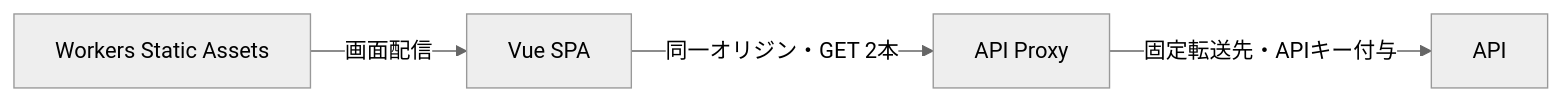
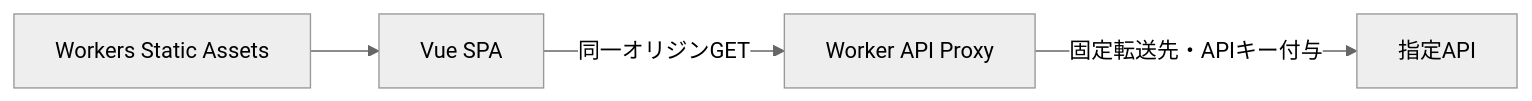
The diagram in docs/DESIGN.md (t2421/frontend-engineer-codecheck), drawn with Mermaid (neutral theme) before and after one commit. The commit also changed other lines of this file and 94 other files, not shown here.

````diff
--- a/docs/DESIGN.md
+++ b/docs/DESIGN.md
@@ -11,6 +9,6 @@
 ```mermaid
 flowchart LR
-  UI[Vue SPA] -->|同一オリジン・GET 2本| W[API Proxy]
-  W -->|固定転送先・APIキー付与| API[API]
-  A[Workers Static Assets] -->|画面配信| UI
+  Assets[Workers Static Assets] --> UI[Vue SPA]
+  UI -->|同一オリジンGET| Proxy[Worker API Proxy]
+  Proxy -->|固定転送先・APIキー付与| API[指定API]
 ```
````
